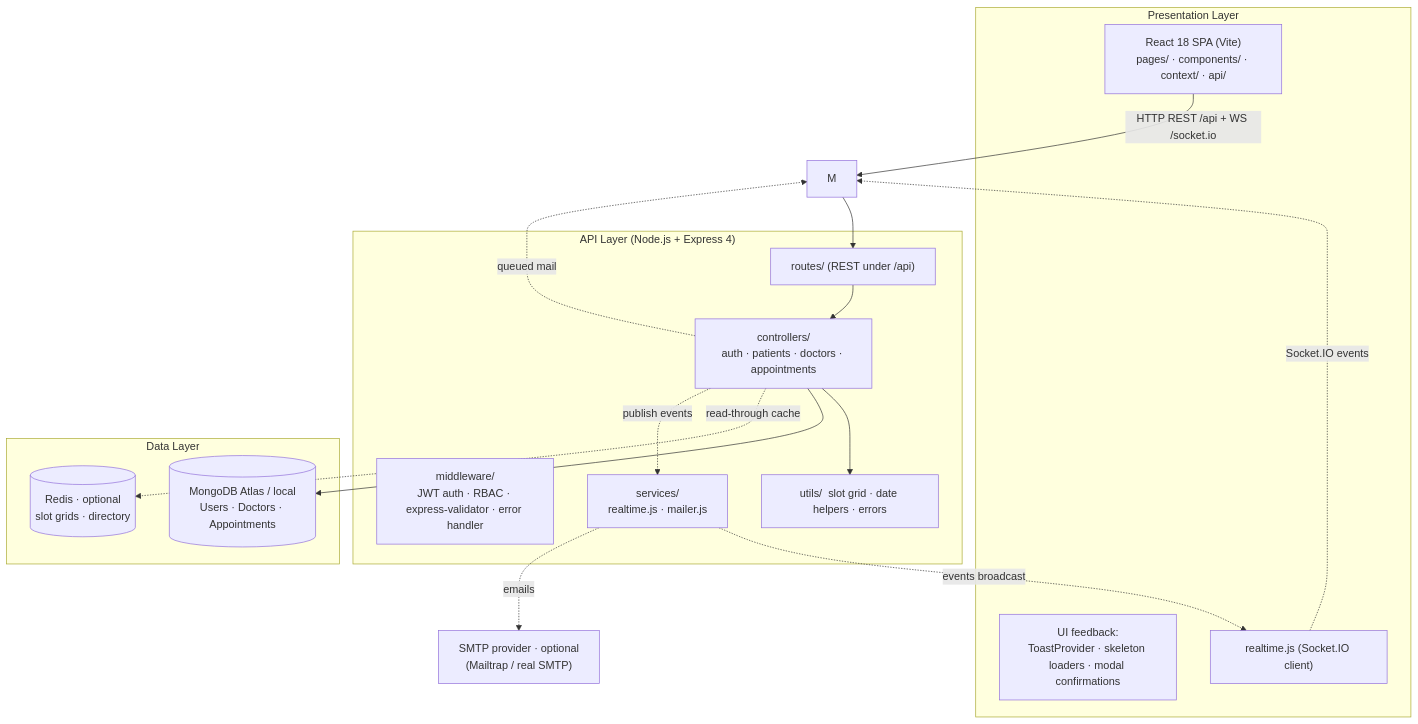
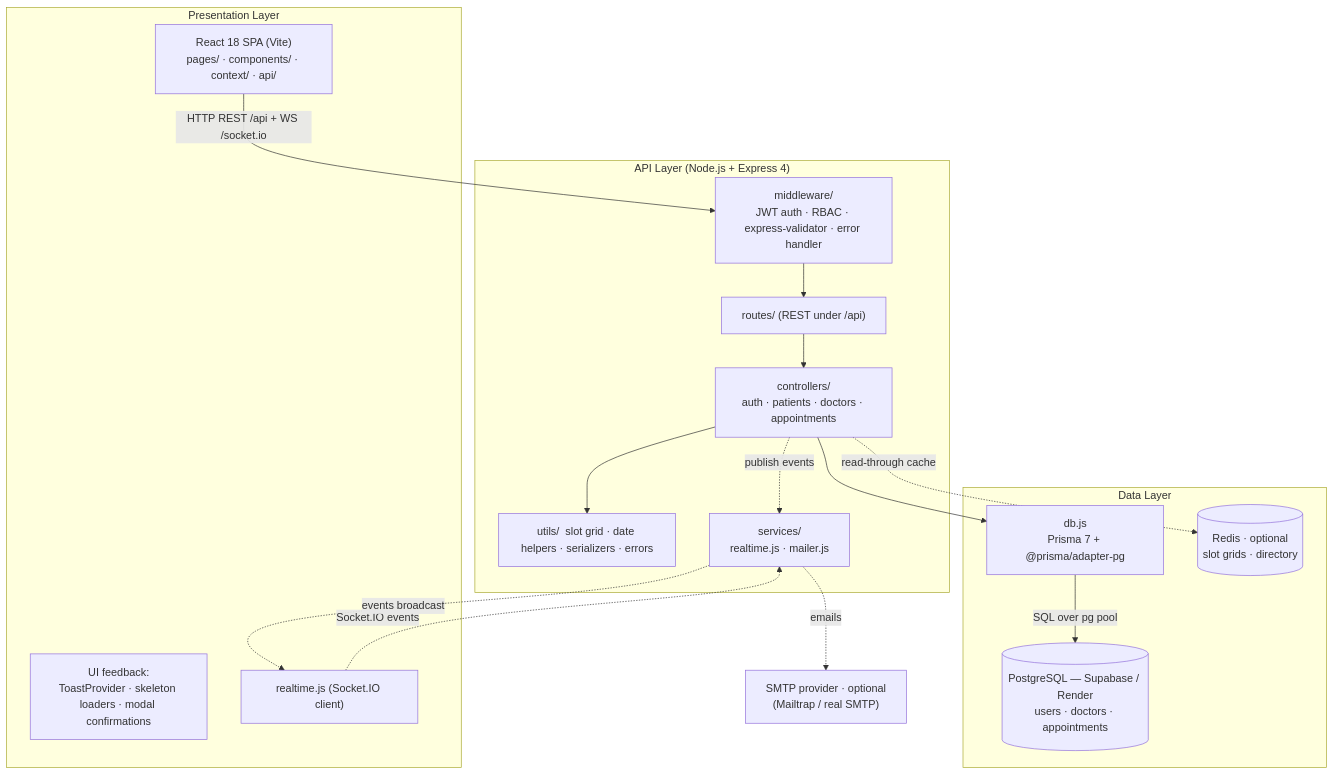
Before and after one commit to Mugetsu-1/Hospital-Booking-System: the diagram in docs/architecture.md, drawn with Mermaid. The commit also changed other lines of this file and 28 other files, not shown here.

First line of the commit message:
docs: add ACHS lab report, class diagram and UI screenshots

````diff
--- a/docs/architecture.md
+++ b/docs/architecture.md
@@ -7,35 +8,36 @@
 ```mermaid
 flowchart TB
   subgraph presentation["Presentation Layer"]
     FE["React 18 SPA (Vite)\npages/ · components/ · context/ · api/"]
     UI["UI feedback:\nToastProvider · skeleton loaders · modal confirmations"]
     RT["realtime.js (Socket.IO client)"]
   end
 
   subgraph api["API Layer (Node.js + Express 4)"]
     R["routes/  (REST under /api)"]
     MW["middleware/\nJWT auth · RBAC · express-validator · error handler"]
     C["controllers/\nauth · patients · doctors · appointments"]
-    U["utils/  slot grid · date helpers · errors"]
+    U["utils/  slot grid · date helpers · serializers · errors"]
     S["services/\nrealtime.js · mailer.js"]
   end
 
   subgraph data["Data Layer"]
-    DB[(MongoDB Atlas / local\nUsers · Doctors · Appointments)]
+    DB[(PostgreSQL — Supabase / Render\nusers · doctors · appointments)]
+    PRISMA["db.js\nPrisma 7 + @prisma/adapter-pg"]
     CACHE[(Redis · optional\nslot grids · directory)]
   end
 
   EMAIL["SMTP provider · optional\n(Mailtrap / real SMTP)"]
 
-  FE -->|"HTTP REST /api + WS /socket.io"| M
-  RT -.->|"Socket.IO events"| M
+  FE -->|"HTTP REST /api + WS /socket.io"| MW
+  RT -.->|"Socket.IO events"| S
+  MW --> R
   R --> C
-  M --> R
   C --> U
-  C --> DB
+  C --> PRISMA
+  PRISMA -->|"SQL over pg pool"| DB
   C -.->|"read-through cache"| CACHE
   C -.->|"publish events"| S
-  C -.->|"queued mail"| M
   S -.->|"events broadcast"| RT
   S -.->|"emails"| EMAIL
 ```
````
